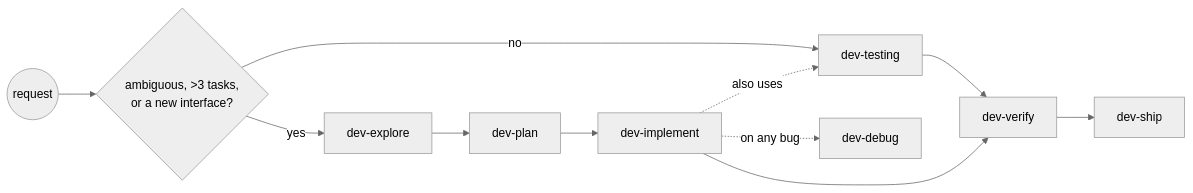
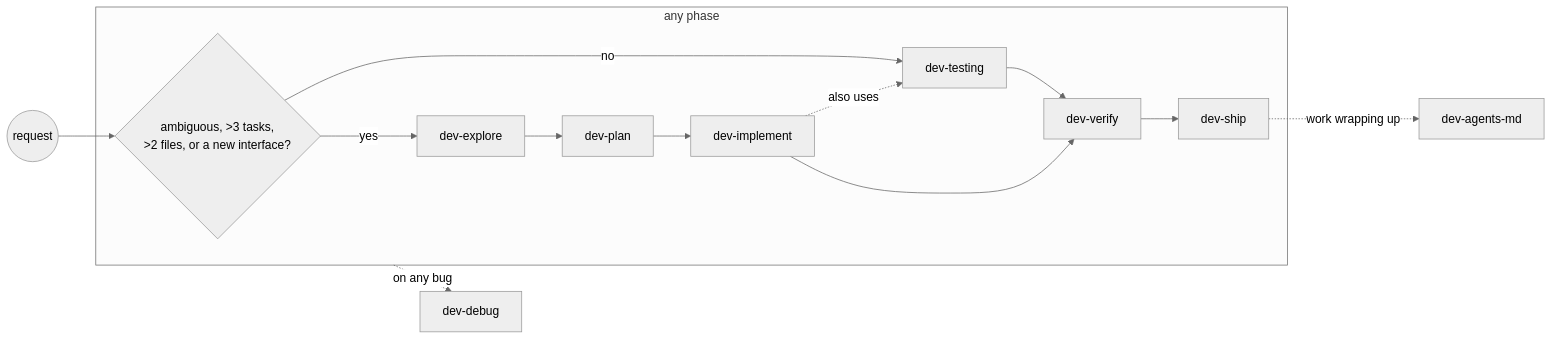
One commit to andresdigiovanni/dev-workflow changed the diagram in README.md. Above: the diagram before and after it, drawn with Mermaid (neutral theme).

Commit message:
update README diagram

````diff
--- a/README.md
+++ b/README.md
@@ -27,13 +27,17 @@
 ```mermaid
 flowchart LR
-    req((request)) --> gate{"ambiguous, &gt;3 tasks,<br/>or a new interface?"}
+    req((request)) --> gate{"ambiguous, &gt;3 tasks,<br/>&gt;2 files, or a new interface?"}
 
-    gate -->|no| testing[dev-testing]
-    gate -->|yes| explore[dev-explore] --> plan[dev-plan] --> implement[dev-implement]
+    subgraph anyphase[any phase]
+        gate -->|no| testing[dev-testing]
+        gate -->|yes| explore[dev-explore] --> plan[dev-plan] --> implement[dev-implement]
 
-    implement -.->|also uses| testing
-    implement -.->|on any bug| debug[dev-debug]
+        implement -.->|also uses| testing
 
-    testing --> verify[dev-verify] --> ship[dev-ship]
-    implement --> verify
+        testing --> verify[dev-verify] --> ship[dev-ship]
+        implement --> verify
+    end
+
+    anyphase -.->|on any bug| debug[dev-debug]
+    ship -.->|work wrapping up| agentsmd[dev-agents-md]
 ```
````
